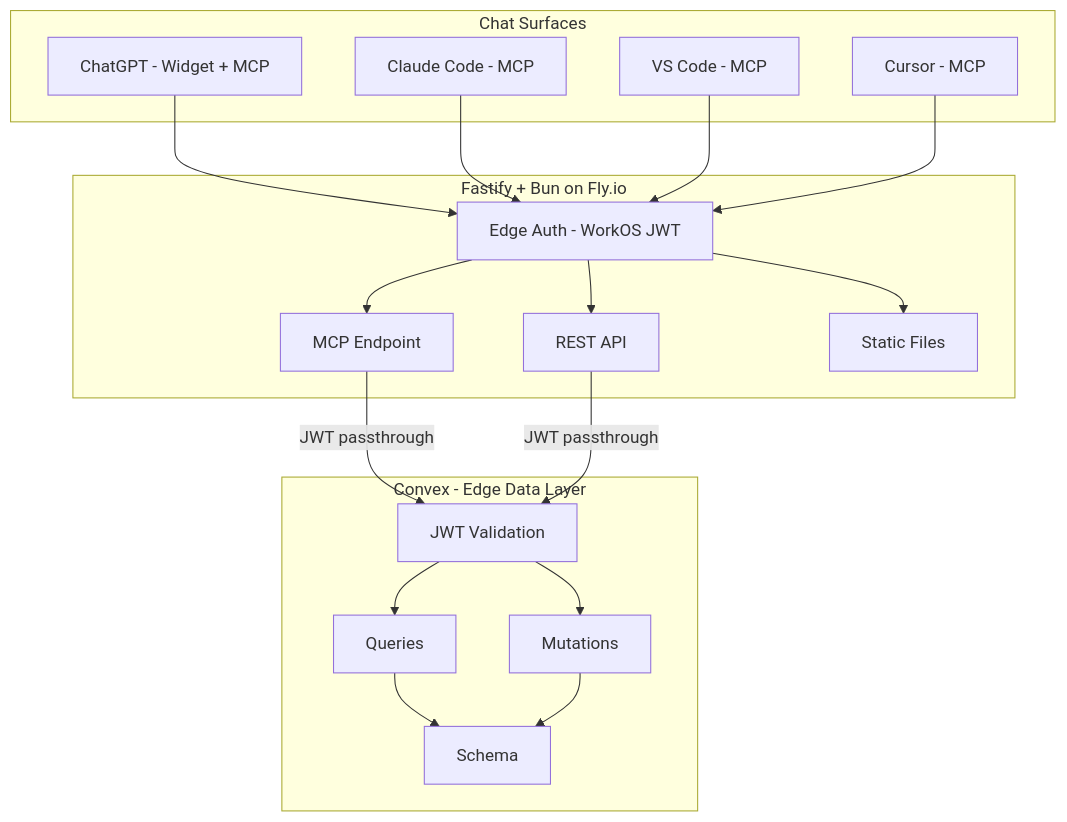
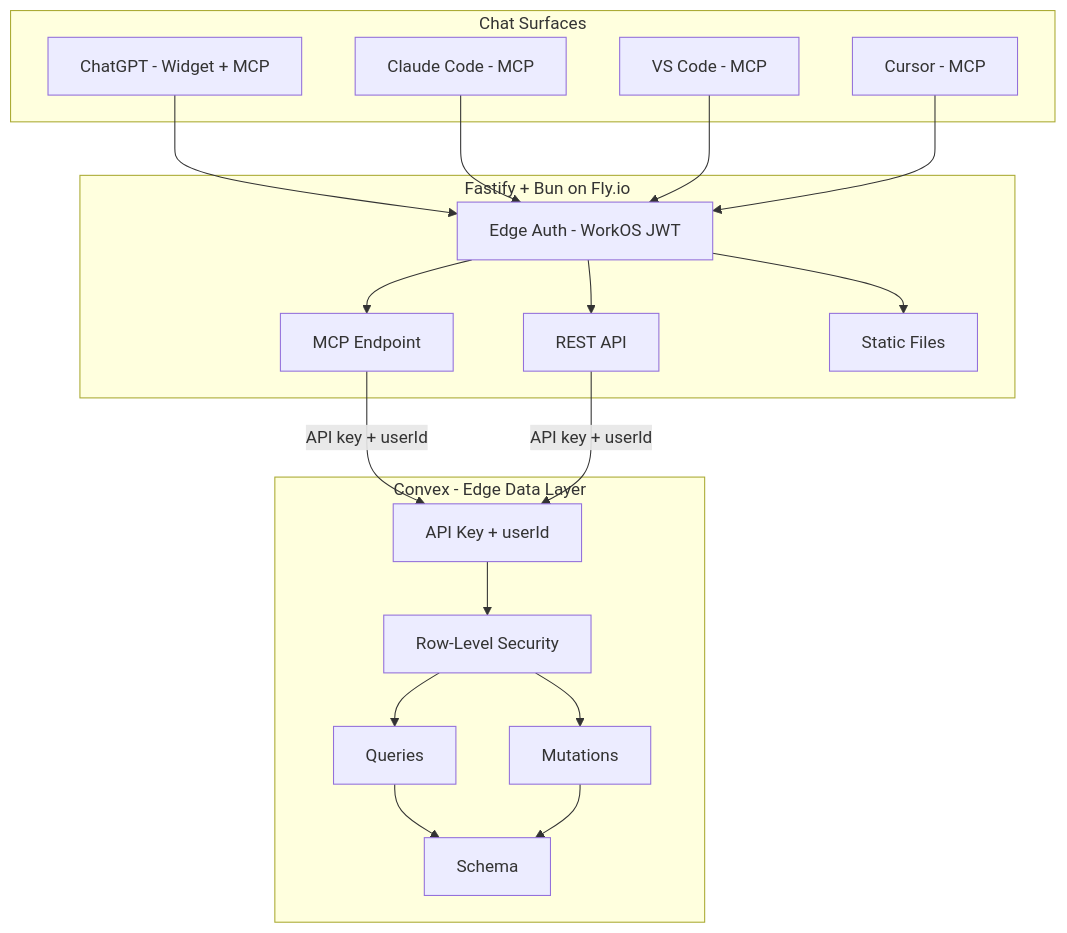
One commit to liminal-ai/liminaldb changed the first of 6 diagrams in docs/architecture.md. Above: the diagram before and after it, drawn with Mermaid. The commit also changed other lines of this file and 28 other files, not shown here.

First line of the commit message:
Add auth architecture, design, TDD skeleton and red phase tests

````diff
--- a/docs/architecture.md
+++ b/docs/architecture.md
@@ -109,40 +109,42 @@
 ```mermaid
 flowchart TB
     subgraph Surfaces[Chat Surfaces]
         ChatGPT[ChatGPT - Widget + MCP]
         Claude[Claude Code - MCP]
         VSCode[VS Code - MCP]
         Cursor[Cursor - MCP]
     end
 
     subgraph API[Fastify + Bun on Fly.io]
         Auth[Edge Auth - WorkOS JWT]
         MCPEndpoint[MCP Endpoint]
         RESTApi[REST API]
         StaticFiles[Static Files]
     end
 
     subgraph Data[Convex - Edge Data Layer]
-        ConvexAuth[JWT Validation]
+        APIKeyAuth[API Key + userId]
+        RLS[Row-Level Security]
         Queries[Queries]
         Mutations[Mutations]
         Schema[Schema]
     end
 
     ChatGPT --> Auth
     Claude --> Auth
     VSCode --> Auth
     Cursor --> Auth
 
     Auth --> MCPEndpoint
     Auth --> RESTApi
     Auth --> StaticFiles
 
-    MCPEndpoint -->|JWT passthrough| ConvexAuth
-    RESTApi -->|JWT passthrough| ConvexAuth
+    MCPEndpoint -->|API key + userId| APIKeyAuth
+    RESTApi -->|API key + userId| APIKeyAuth
 
-    ConvexAuth --> Queries
-    ConvexAuth --> Mutations
+    APIKeyAuth --> RLS
+    RLS --> Queries
+    RLS --> Mutations
     Queries --> Schema
     Mutations --> Schema
 ```
````
